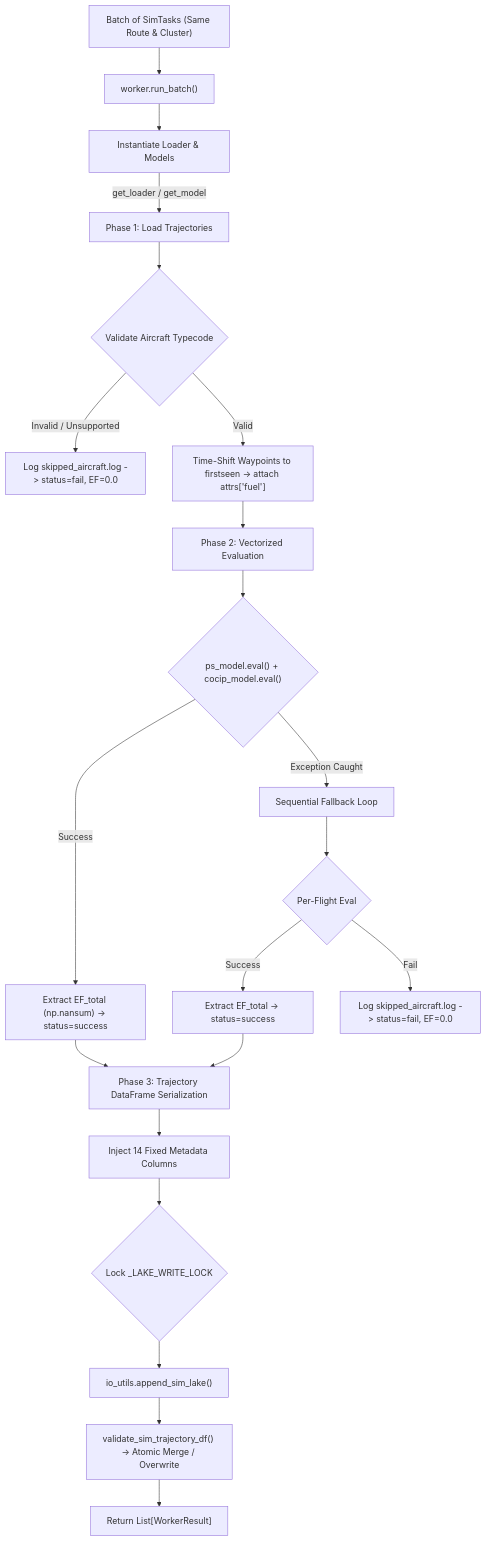
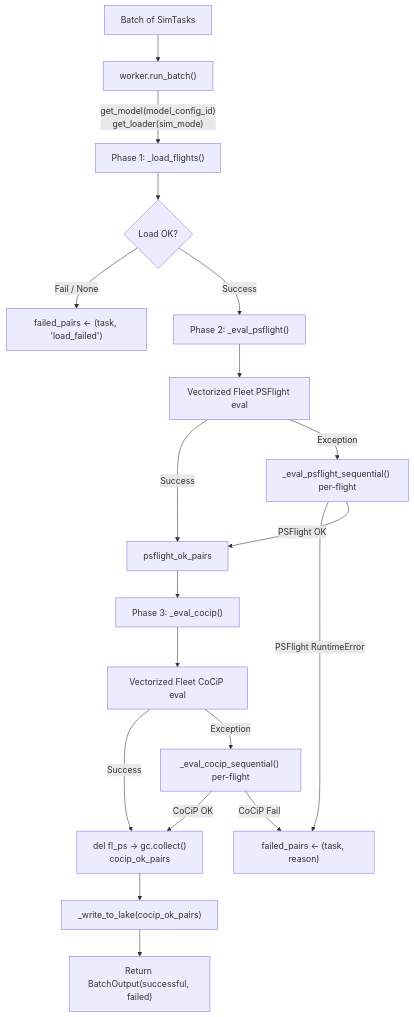
One commit to Bauzement123/flight-physics-pipeline changed the second of 2 diagrams in src/core/physics/README.md. Above: the diagram before and after it, drawn with Mermaid. The commit also changed other lines of this file and 19 other files, not shown here.

Commit message:
feat(physics): refactor worker phase separation, centralize slot 5 classification ownership, and add tracing devtools

````diff
--- a/src/core/physics/README.md
+++ b/src/core/physics/README.md
@@ -213,22 +213,21 @@
 ```mermaid
 flowchart TD
-    A["Batch of SimTasks (Same Route & Cluster)"] --> B["worker.run_batch()"]
-    B --> C["Instantiate Loader & Models"]
-    C -->|"get_loader / get_model"| D["Phase 1: Load Trajectories"]
-    D --> E{"Validate Aircraft Typecode"}
-    E -->|"Invalid / Unsupported"| F["Log skipped_aircraft.log -> status=fail, EF=0.0"]
-    E -->|"Valid"| G["Time-Shift Waypoints to firstseen -> attach attrs['fuel']"]
-    G --> H["Phase 2: Vectorized Evaluation"]
-    H --> I{"ps_model.eval() + cocip_model.eval()"}
-    I -->|"Success"| J["Extract EF_total (np.nansum) -> status=success"]
-    I -->|"Exception Caught"| K["Sequential Fallback Loop"]
-    K --> L{"Per-Flight Eval"}
-    L -->|"Success"| M["Extract EF_total -> status=success"]
-    L -->|"Fail"| N["Log skipped_aircraft.log -> status=fail, EF=0.0"]
-    J & M --> O["Phase 3: Trajectory DataFrame Serialization"]
-    O --> P["Inject 14 Fixed Metadata Columns"]
-    P --> Q{"Lock _LAKE_WRITE_LOCK"}
-    Q --> R["io_utils.append_sim_lake()"]
-    R --> S["validate_sim_trajectory_df() -> Atomic Merge / Overwrite"]
-    S --> T["Return List[WorkerResult]"]
+    A["Batch of SimTasks"] --> B["worker.run_batch()"]
+    B --> |"get_model(model_config_id)\nget_loader(sim_mode)"| C["Phase 1: _load_flights()"]
+    C --> D{"Load OK?"}
+    D --> |"Fail / None"| E["failed_pairs ← (task, 'load_failed')"]
+    D --> |"Success"| F["Phase 2: _eval_psflight()"]
+    F --> G["Vectorized Fleet PSFlight eval"]
+    G --> |"Success"| H["psflight_ok_pairs"]
+    G --> |"Exception"| I["_eval_psflight_sequential() per-flight"]
+    I --> |"PSFlight RuntimeError"| J["failed_pairs ← (task, reason)"]
+    I --> |"PSFlight OK"| H
+    H --> K["Phase 3: _eval_cocip()"]
+    K --> L["Vectorized Fleet CoCiP eval"]
+    L --> |"Success"| M["del fl_ps → gc.collect()\ncocip_ok_pairs"]
+    L --> |"Exception"| N["_eval_cocip_sequential() per-flight"]
+    N --> |"CoCiP OK"| M
+    N --> |"CoCiP Fail"| J
+    M --> O["_write_to_lake(cocip_ok_pairs)"]
+    O --> P["Return BatchOutput(successful, failed)"]
 ```
````
